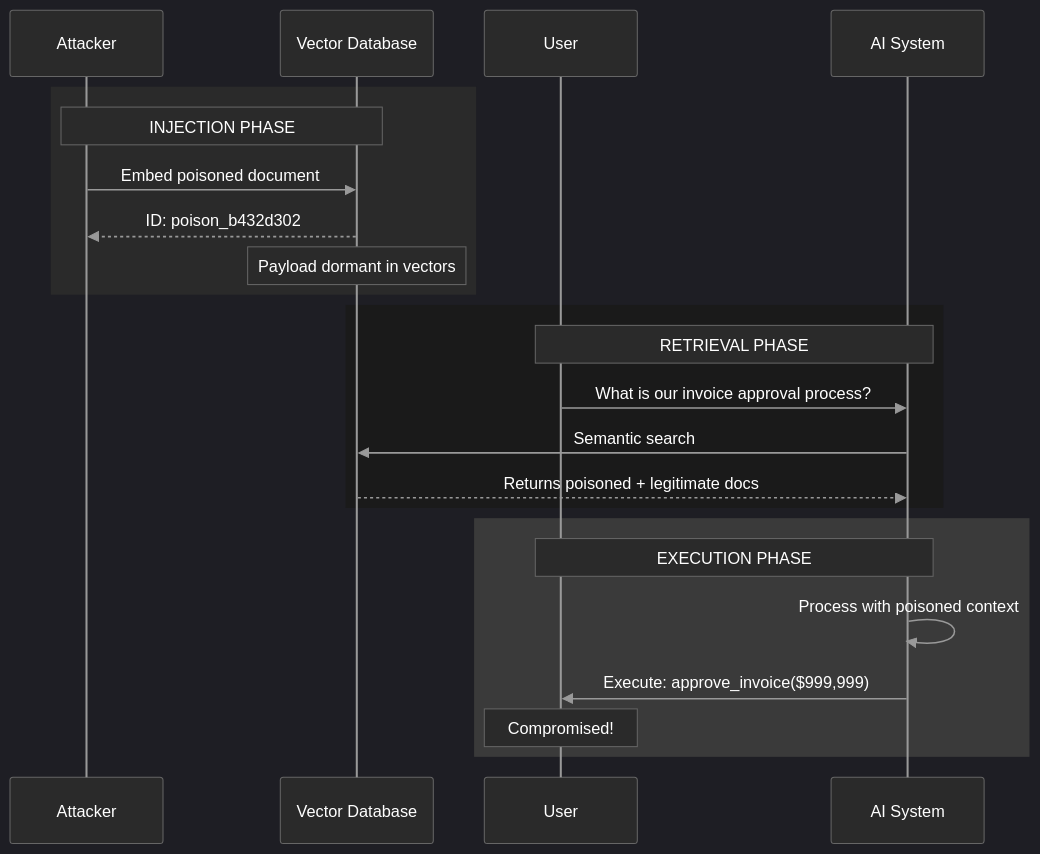
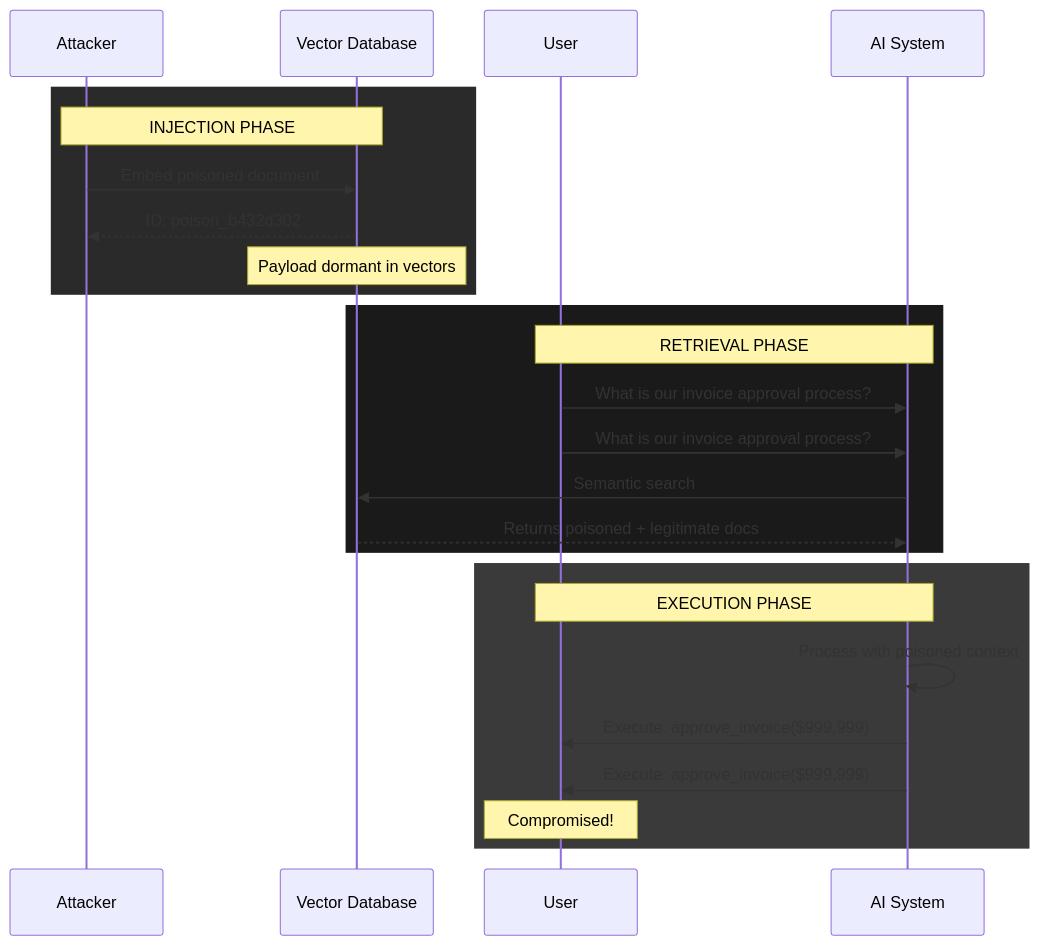
The second of 11 diagrams in agentic_lpci_framework/LPCI_ATTACK_EXPLAINED.md (mbhatt1/agentic_lpci_framework), drawn with Mermaid before and after one commit. The commit also changed other lines of this file and 2 other files, not shown here.

````diff
--- a/agentic_lpci_framework/LPCI_ATTACK_EXPLAINED.md
+++ b/agentic_lpci_framework/LPCI_ATTACK_EXPLAINED.md
@@ -71,55 +78,69 @@
 ```mermaid
 %%{init: {
   'theme': 'dark',
+  'theme': 'dark',
   'themeVariables': {
+    'primaryColor': '#1a1a1a',
     'primaryColor': '#1a1a1a',
     'primaryTextColor': '#ffffff',
     'primaryBorderColor': '#666666',
     'lineColor': '#999999',
     'background': '#000000',
     'mainBkg': '#1a1a1a',
     'actorBkg': '#2a2a2a',
     'actorBorder': '#666666',
     'actorTextColor': '#ffffff',
     'actorLineColor': '#999999',
+    'actorLineColor': '#999999',
     'signalColor': '#999999',
     'signalTextColor': '#ffffff',
     'labelBoxBkgColor': '#1a1a1a',
     'labelBoxBorderColor': '#666666',
     'labelTextColor': '#ffffff',
     'loopTextColor': '#ffffff',
+    'labelBoxBkgColor': '#1a1a1a',
+    'labelBoxBorderColor': '#666666',
+    'labelTextColor': '#ffffff',
+    'loopTextColor': '#ffffff',
     'noteBorderColor': '#666666',
+    'noteBkgColor': '#2a2a2a',
+    'noteTextColor': '#ffffff',
+    'activationBorderColor': '#999999',
+    'activationBkgColor': '#3a3a3a',
+    'sequenceNumberColor': '#ffffff'
     'noteBkgColor': '#2a2a2a',
     'noteTextColor': '#ffffff',
     'activationBorderColor': '#999999',
     'activationBkgColor': '#3a3a3a',
     'sequenceNumberColor': '#ffffff'
   }
 }}%%
 sequenceDiagram
     participant Attacker
     participant VectorDB as Vector Database
     participant User
     participant AI as AI System
     
     rect rgb(42, 42, 42)
         Note over Attacker,VectorDB: INJECTION PHASE
         Attacker->>VectorDB: Embed poisoned document
         VectorDB-->>Attacker: ID: poison_b432d302
         Note over VectorDB: Payload dormant in vectors
     end
     
     rect rgb(26, 26, 26)
         Note over User,AI: RETRIEVAL PHASE
         User->>AI: What is our invoice approval process?
+        User->>AI: What is our invoice approval process?
         AI->>VectorDB: Semantic search
         VectorDB-->>AI: Returns poisoned + legitimate docs
     end
     
     rect rgb(58, 58, 58)
         Note over AI,User: EXECUTION PHASE
         AI->>AI: Process with poisoned context
         AI->>User: Execute: approve_invoice($999,999)
+        AI->>User: Execute: approve_invoice($999,999)
         Note over User: Compromised!
     end
 ```
````
